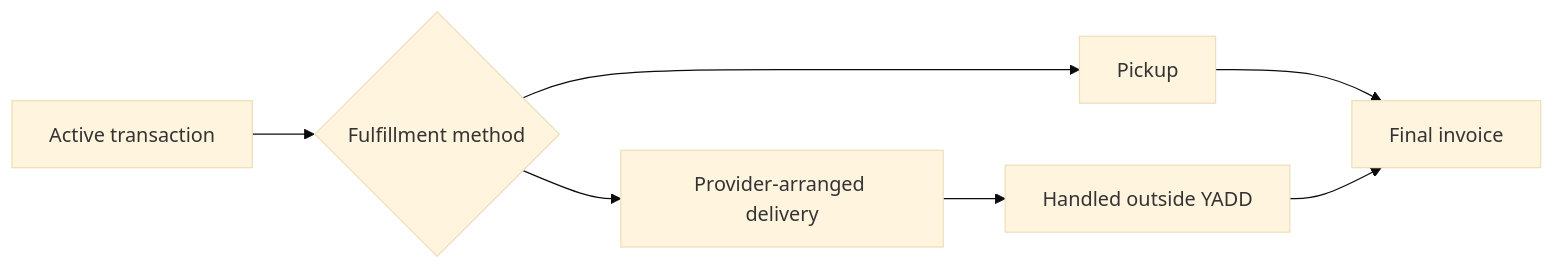
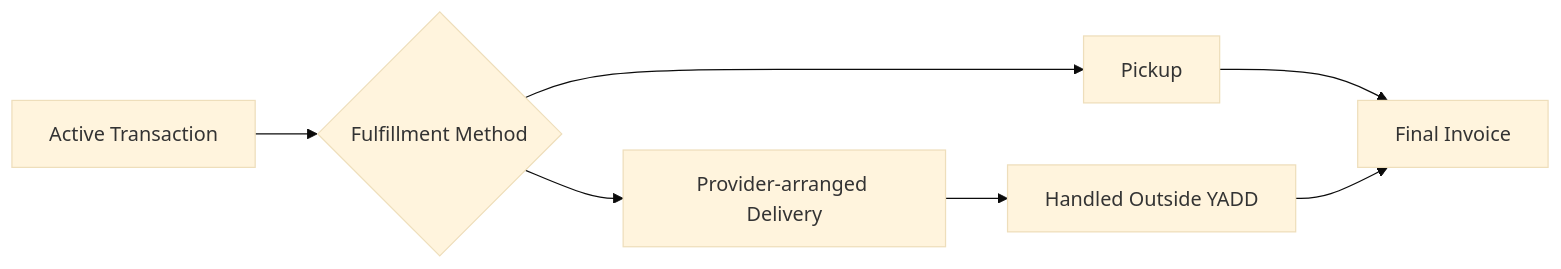
One commit to Yadd-SanaaUniversityGraduationProject/yadd changed the seventh of 7 diagrams in docs/03-analysis/07-lifecycles.md. Above: the diagram before and after it, drawn with Mermaid (base theme). The commit also changed other lines of this file, not shown here.

Commit message:
analysis: fix transaction terminal state and response lifecycle

````diff
--- a/docs/03-analysis/07-lifecycles.md
+++ b/docs/03-analysis/07-lifecycles.md
@@ -142,9 +148,9 @@
 ```mermaid
 flowchart LR
-    A[Active transaction] --> B{Fulfillment method}
+    A[Active Transaction] --> B{Fulfillment Method}
     B --> C[Pickup]
-    B --> D[Provider-arranged delivery]
-    D --> E[Handled outside YADD]
-    C --> F[Final invoice]
+    B --> D[Provider-arranged Delivery]
+    D --> E[Handled Outside YADD]
+    C --> F[Final Invoice]
     E --> F
 ```
````
